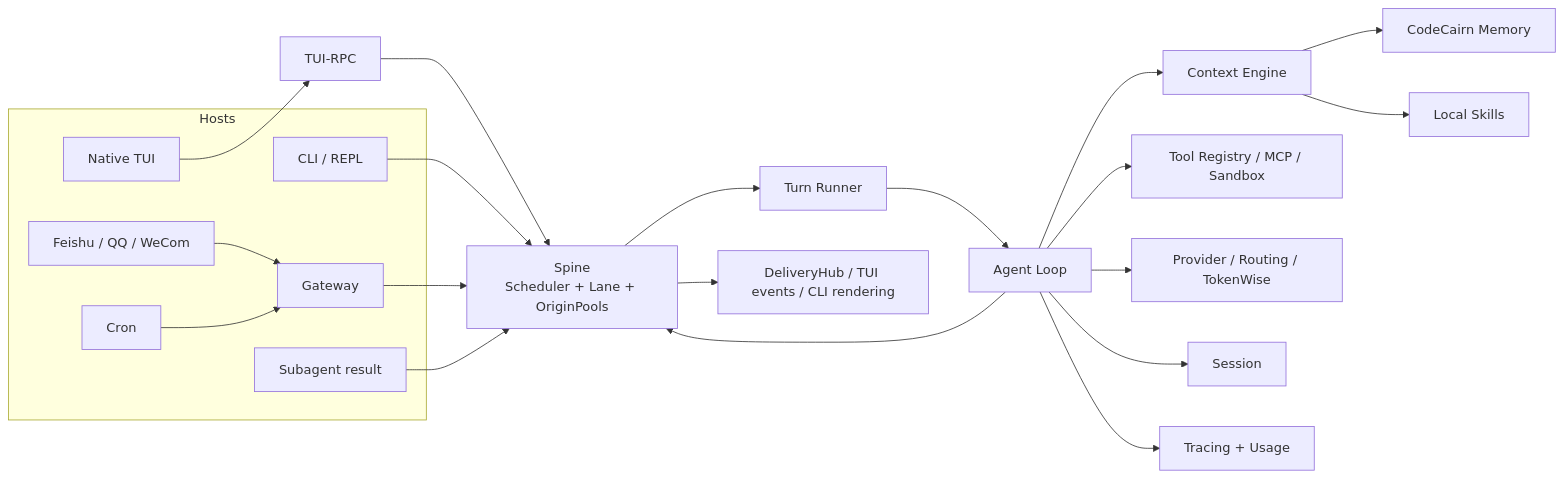
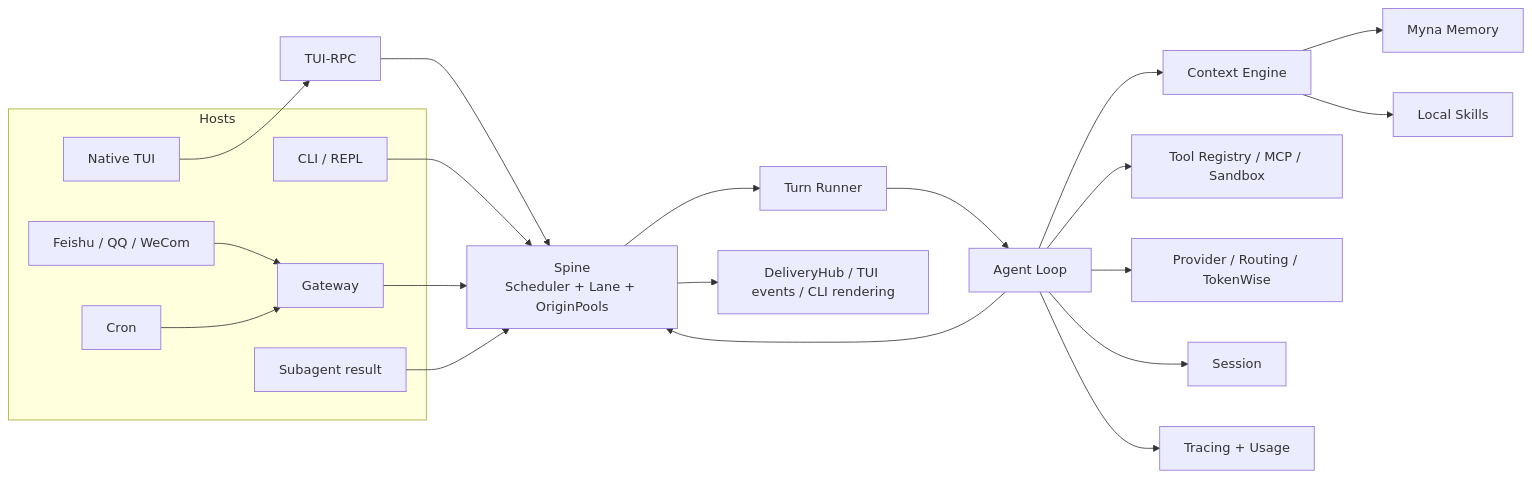
The diagram in docs/architecture/README.md (Hackerismydream/pico), drawn with Mermaid before and after one commit. The commit also changed other lines of this file and 115 other files, not shown here.

````diff
--- a/docs/architecture/README.md
+++ b/docs/architecture/README.md
@@ -13,30 +13,30 @@
 ```mermaid
 flowchart LR
     subgraph Hosts
         CLI["CLI / REPL"]
         TUI["Native TUI"]
         GW["Gateway"]
         CH["Feishu / QQ / WeCom"]
         CRON["Cron"]
         SUB["Subagent result"]
     end
 
     CLI --> SPINE
     TUI --> RPC["TUI-RPC"] --> SPINE
     CH --> GW --> SPINE
     CRON --> GW
     SUB --> SPINE
 
     SPINE["Spine\nScheduler + Lane + OriginPools"]
     SPINE --> RUNNER["Turn Runner"]
     RUNNER --> LOOP["Agent Loop"]
     LOOP --> CTX["Context Engine"]
     LOOP --> TOOLS["Tool Registry / MCP / Sandbox"]
     LOOP --> PROVIDER["Provider / Routing / TokenWise"]
     LOOP --> SESSION["Session"]
-    CTX --> MEMORY["CodeCairn Memory"]
+    CTX --> MEMORY["Myna Memory"]
     CTX --> SKILLS["Local Skills"]
     LOOP --> TRACE["Tracing + Usage"]
     LOOP --> SPINE
     SPINE --> DELIVERY["DeliveryHub / TUI events / CLI rendering"]
 ```
````
